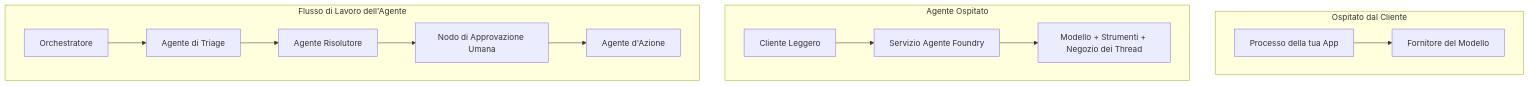
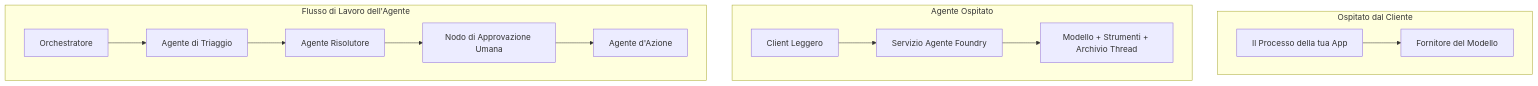
The first of 4 diagrams in translations/it/16-deploying-scalable-agents/README.md (microsoft/ai-agents-for-beginners), drawn with Mermaid before and after one commit. The commit also changed other lines of this file and 47 other files, not shown here.

````diff
--- a/translations/it/16-deploying-scalable-agents/README.md
+++ b/translations/it/16-deploying-scalable-agents/README.md
@@ -87,16 +87,16 @@
 ```mermaid
 flowchart TB
     subgraph P1[Ospitato dal Cliente]
-        A1[Processo della tua App] --> M1[Fornitore del Modello]
+        A1[Il Processo della tua App] --> M1[Fornitore del Modello]
     end
     subgraph P2[Agente Ospitato]
-        A2[Cliente Leggero] --> F2[Servizio Agente Foundry]
-        F2 --> M2[Modello + Strumenti + Negozio dei Thread]
+        A2[Client Leggero] --> F2[Servizio Agente Foundry]
+        F2 --> M2[Modello + Strumenti + Archivio Thread]
     end
     subgraph P3[Flusso di Lavoro dell'Agente]
-        A3[Orchestratore] --> S1[Agente di Triage]
+        A3[Orchestratore] --> S1[Agente di Triaggio]
         S1 --> S2[Agente Risolutore]
         S2 --> H[Nodo di Approvazione Umana]
         H --> S3[Agente d'Azione]
     end
 ```
````
